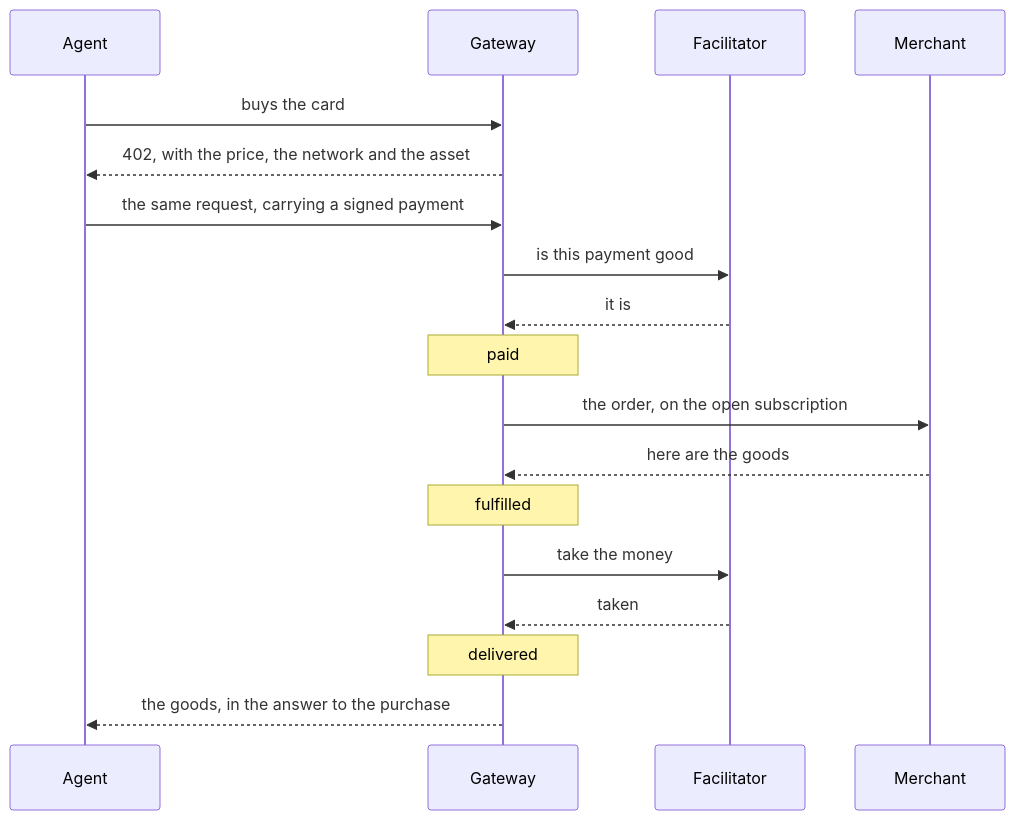
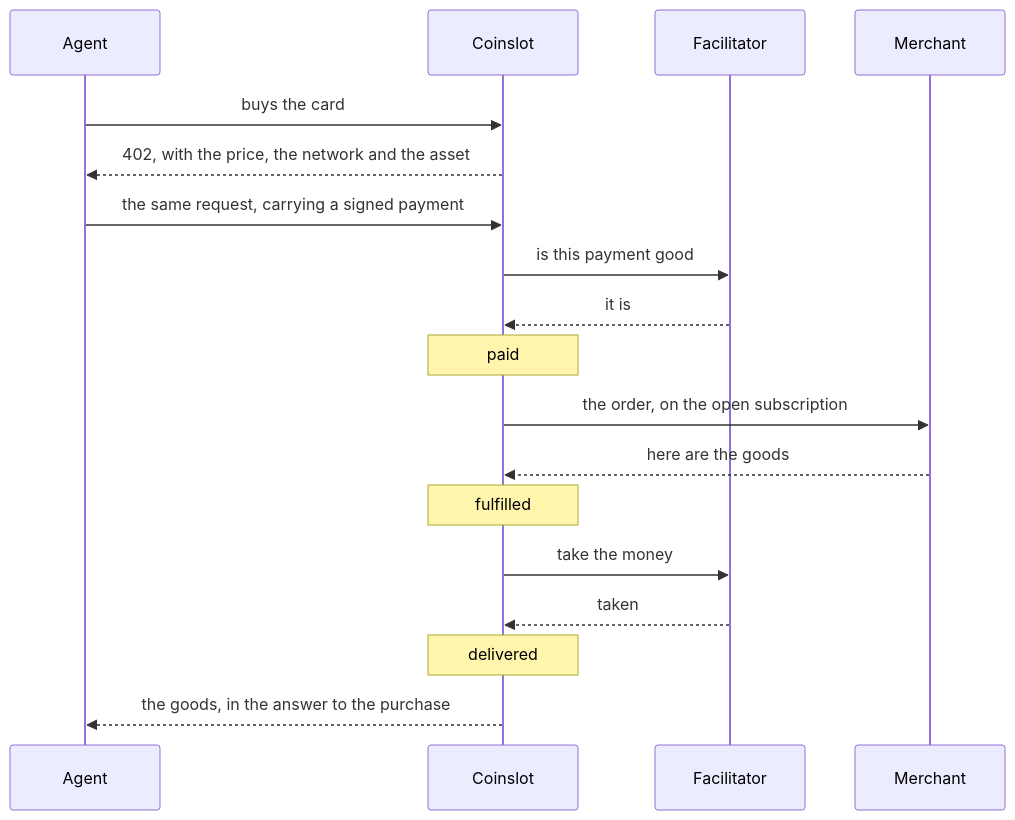
One commit to aftercard/agentify changed the first of 3 diagrams in README.md. Above: the diagram before and after it, drawn with Mermaid. The commit also changed other lines of this file, not shown here.

First line of the commit message:
docs(readme): the diagrams name Coinslot, not the process behind it

````diff
--- a/README.md
+++ b/README.md
@@ -77,20 +77,20 @@
 ```mermaid
 sequenceDiagram
     participant A as Agent
-    participant G as Gateway
+    participant G as Coinslot
     participant F as Facilitator
     participant H as Merchant
     A->>G: buys the card
     G-->>A: 402, with the price, the network and the asset
     A->>G: the same request, carrying a signed payment
     G->>F: is this payment good
     F-->>G: it is
     Note over G: paid
     G->>H: the order, on the open subscription
     H-->>G: here are the goods
     Note over G: fulfilled
     G->>F: take the money
     F-->>G: taken
     Note over G: delivered
     G-->>A: the goods, in the answer to the purchase
 ```
````
